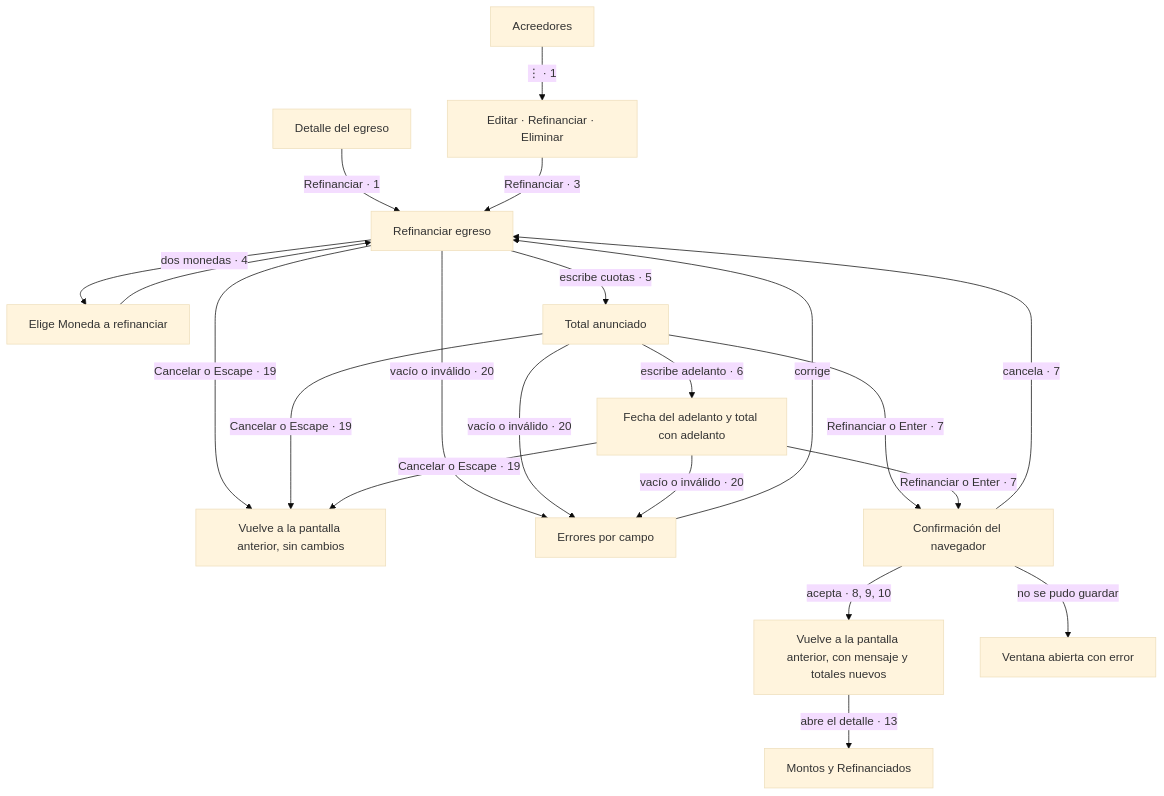
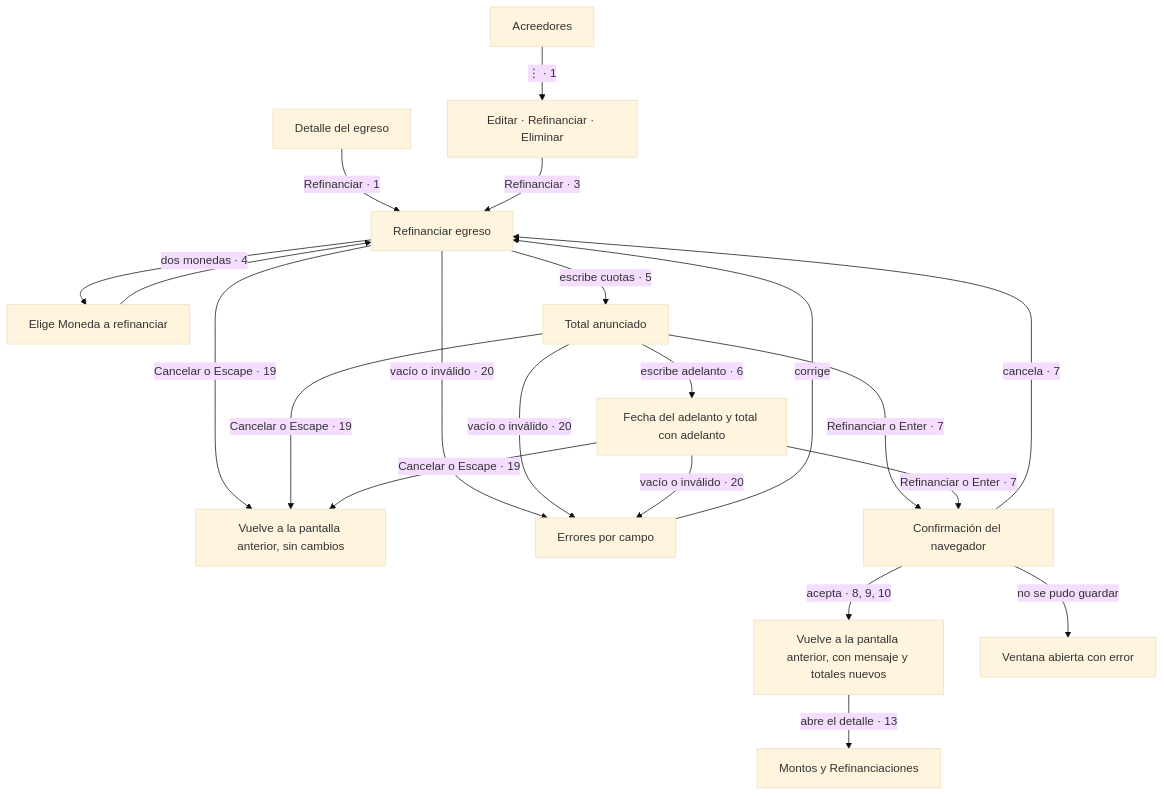
One commit to rochafederico/nivva changed the diagram in specs/004-refinanciar-egreso/flujo.md. Above: the diagram before and after it, drawn with Mermaid (base theme). The commit also changed other lines of this file and 4 other files, not shown here.

First line of the commit message:
Ajuste a la spec 004: el detalle muestra solo Refinanciaciones

````diff
--- a/specs/004-refinanciar-egreso/flujo.md
+++ b/specs/004-refinanciar-egreso/flujo.md
@@ -10,18 +10,18 @@
 ```mermaid
 flowchart TD
   A[Acreedores] -->|⋮ · 1| M[Editar · Refinanciar · Eliminar]
   L[Detalle del egreso] -->|Refinanciar · 1| V
   M -->|Refinanciar · 3| V[Refinanciar egreso]
   V -->|dos monedas · 4| MO[Elige Moneda a refinanciar]
   MO --> V
   V -->|escribe cuotas · 5| T[Total anunciado]
   T -->|escribe adelanto · 6| AD[Fecha del adelanto y total con adelanto]
   V & T & AD -->|Cancelar o Escape · 19| O[Vuelve a la pantalla anterior, sin cambios]
   V & T & AD -->|vacío o inválido · 20| X[Errores por campo]
   X -->|corrige| V
   T & AD -->|Refinanciar o Enter · 7| C[Confirmación del navegador]
   C -->|cancela · 7| V
   C -->|acepta · 8, 9, 10| O2[Vuelve a la pantalla anterior, con mensaje y totales nuevos]
   C -->|no se pudo guardar| ES[Ventana abierta con error]
-  O2 -->|abre el detalle · 13| R[Montos y Refinanciados]
+  O2 -->|abre el detalle · 13| R[Montos y Refinanciaciones]
 ```
````
